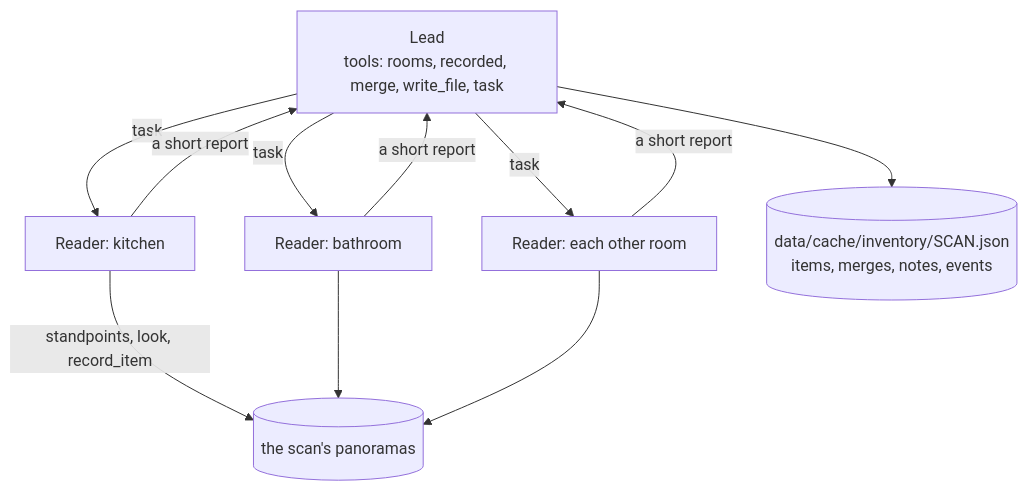
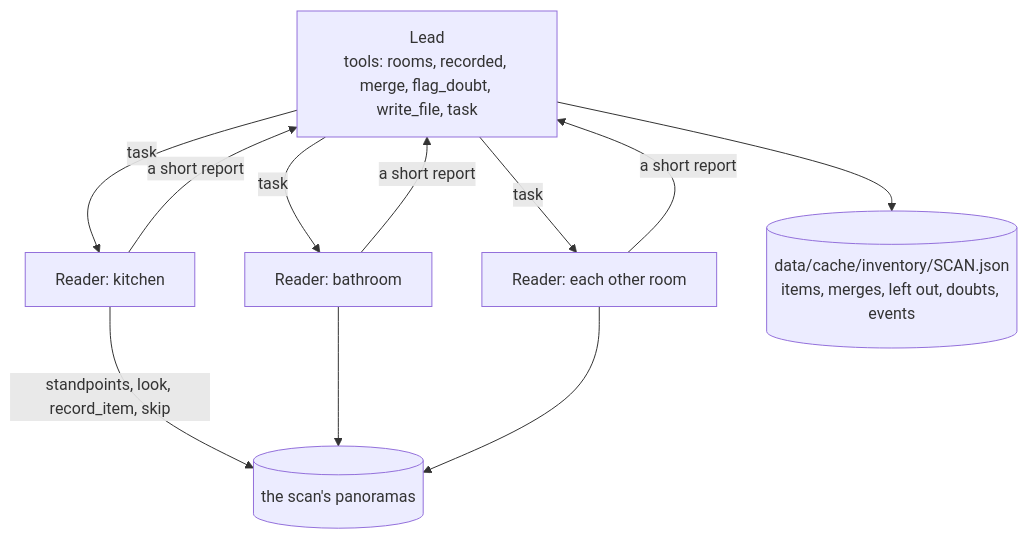
One commit to Taz33m/brace changed the second of 3 diagrams in ARCHITECTURE.md. Above: the diagram before and after it, drawn with Mermaid. The commit also changed other lines of this file and 6 other files, not shown here.

First line of the commit message:
What the agent left out, in the loop's tally; the last second look kept on the tree

````diff
--- a/ARCHITECTURE.md
+++ b/ARCHITECTURE.md
@@ -92,15 +93,15 @@
 ```mermaid
 flowchart TD
-  LEAD[Lead<br/>tools: rooms, recorded, merge, write_file, task]
+  LEAD[Lead<br/>tools: rooms, recorded, merge, flag_doubt, write_file, task]
   R1[Reader: kitchen]
   R2[Reader: bathroom]
   R3[Reader: each other room]
   LEAD -- task --> R1
   LEAD -- task --> R2
   LEAD -- task --> R3
-  R1 -- "standpoints, look, record_item" --> SCAN[(the scan's panoramas)]
+  R1 -- "standpoints, look, record_item, skip" --> SCAN[(the scan's panoramas)]
   R2 --> SCAN
   R3 --> SCAN
   R1 & R2 & R3 -- a short report --> LEAD
-  LEAD --> OUT[(data/cache/inventory/SCAN.json<br/>items, merges, notes, events)]
+  LEAD --> OUT[(data/cache/inventory/SCAN.json<br/>items, merges, left out, doubts, events)]
 ```
````
